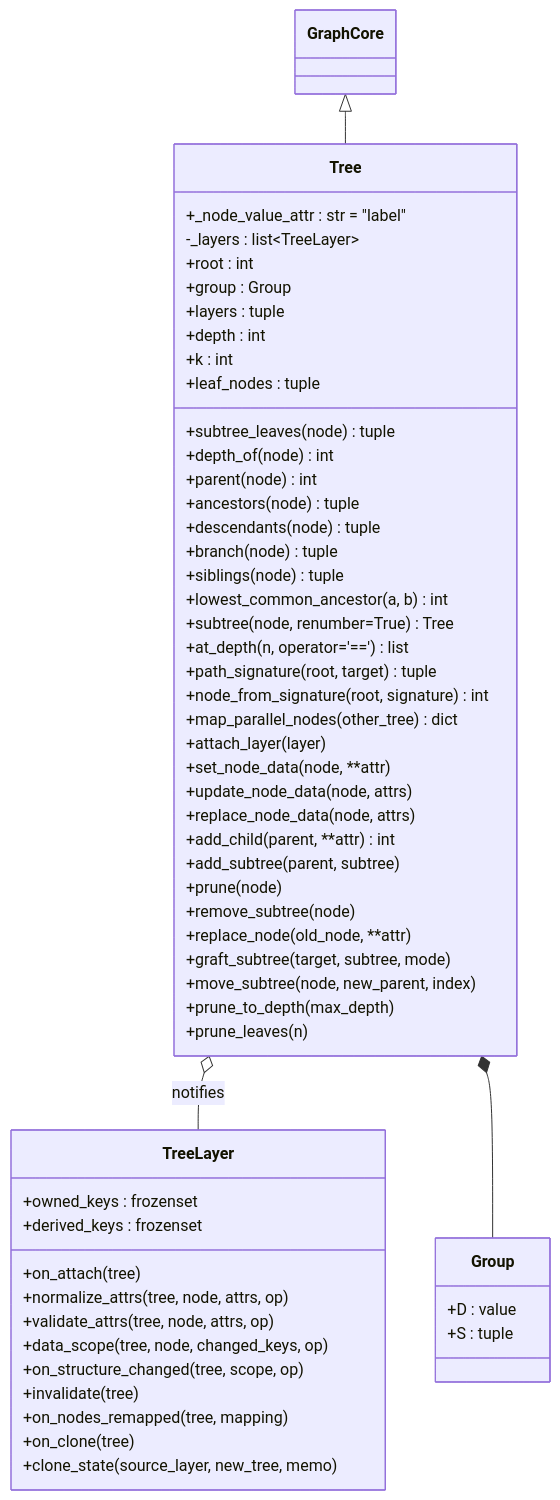
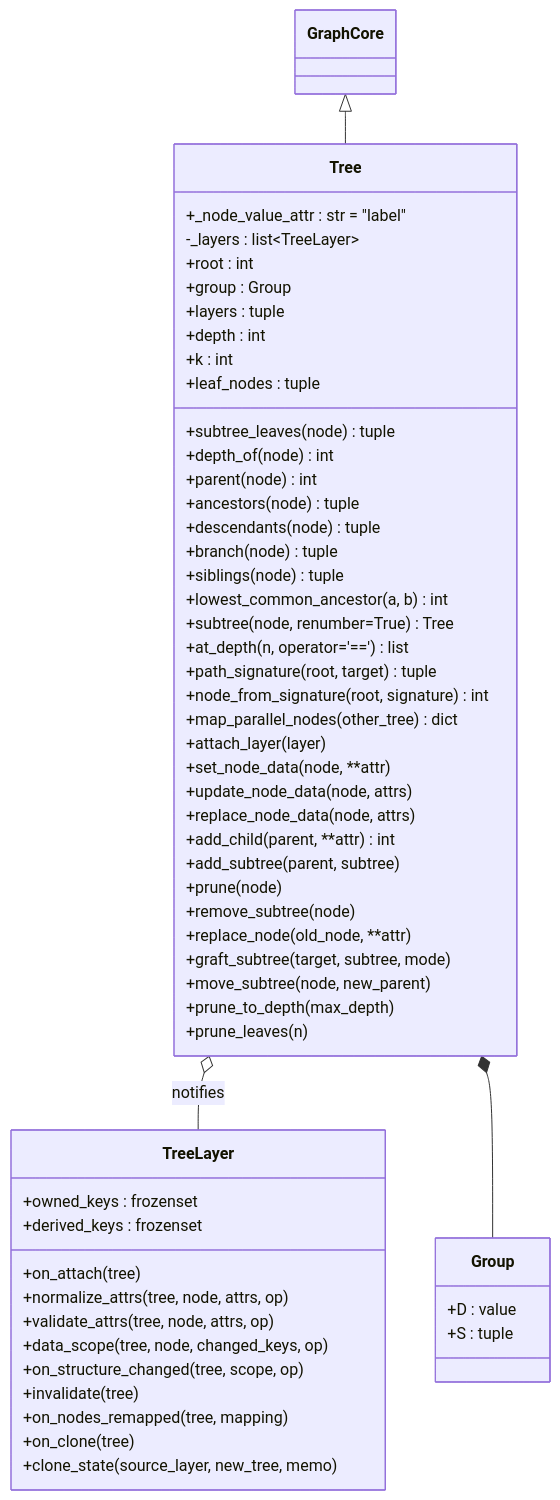
One commit to kr4g/Klotho changed the second of 6 diagrams in docs/architecture/01_TOPOS.md. Above: the diagram before and after it, drawn with Mermaid. The commit also changed 5 other files, not shown here.

````diff
--- a/docs/architecture/01_TOPOS.md
+++ b/docs/architecture/01_TOPOS.md
@@ -205,63 +205,63 @@
 ```mermaid
 classDiagram
     GraphCore <|-- Tree
 
     class Tree {
         +_node_value_attr : str = "label"
         -_layers : list~TreeLayer~
         +root : int
         +group : Group
         +layers : tuple
         +depth : int
         +k : int
         +leaf_nodes : tuple
         +subtree_leaves(node) tuple
         +depth_of(node) int
         +parent(node) int
         +ancestors(node) tuple
         +descendants(node) tuple
         +branch(node) tuple
         +siblings(node) tuple
         +lowest_common_ancestor(a, b) int
         +subtree(node, renumber=True) Tree
         +at_depth(n, operator='==') list
         +path_signature(root, target) tuple
         +node_from_signature(root, signature) int
         +map_parallel_nodes(other_tree) dict
         +attach_layer(layer)
         +set_node_data(node, **attr)
         +update_node_data(node, attrs)
         +replace_node_data(node, attrs)
         +add_child(parent, **attr) int
         +add_subtree(parent, subtree)
         +prune(node)
         +remove_subtree(node)
         +replace_node(old_node, **attr)
         +graft_subtree(target, subtree, mode)
-        +move_subtree(node, new_parent, index)
+        +move_subtree(node, new_parent)
         +prune_to_depth(max_depth)
         +prune_leaves(n)
     }
 
     class TreeLayer {
         +owned_keys : frozenset
         +derived_keys : frozenset
         +on_attach(tree)
         +normalize_attrs(tree, node, attrs, op)
         +validate_attrs(tree, node, attrs, op)
         +data_scope(tree, node, changed_keys, op)
         +on_structure_changed(tree, scope, op)
         +invalidate(tree)
         +on_nodes_remapped(tree, mapping)
         +on_clone(tree)
         +clone_state(source_layer, new_tree, memo)
     }
 
     class Group {
         +D : value
         +S : tuple
     }
 
     Tree o-- TreeLayer : notifies
     Tree *-- Group
 ```
````
